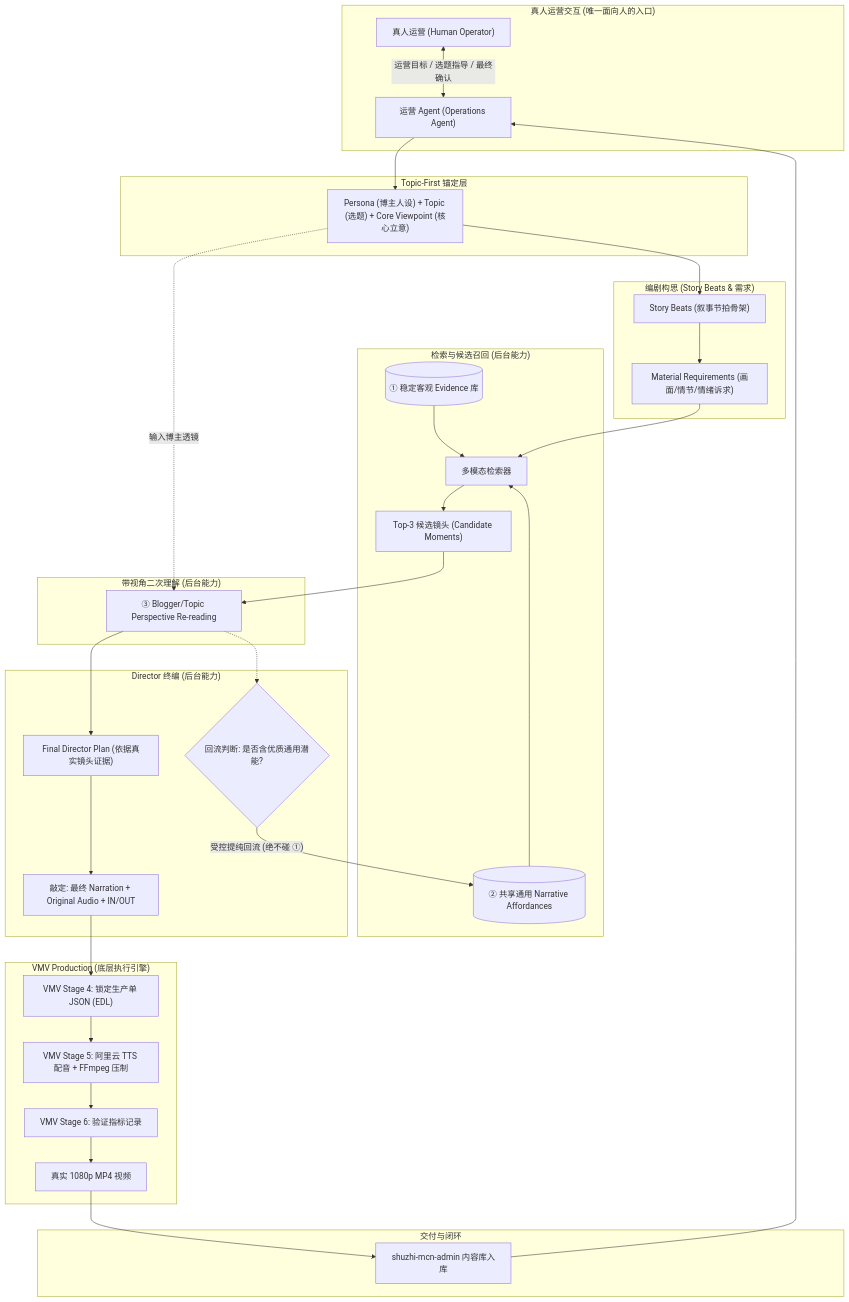
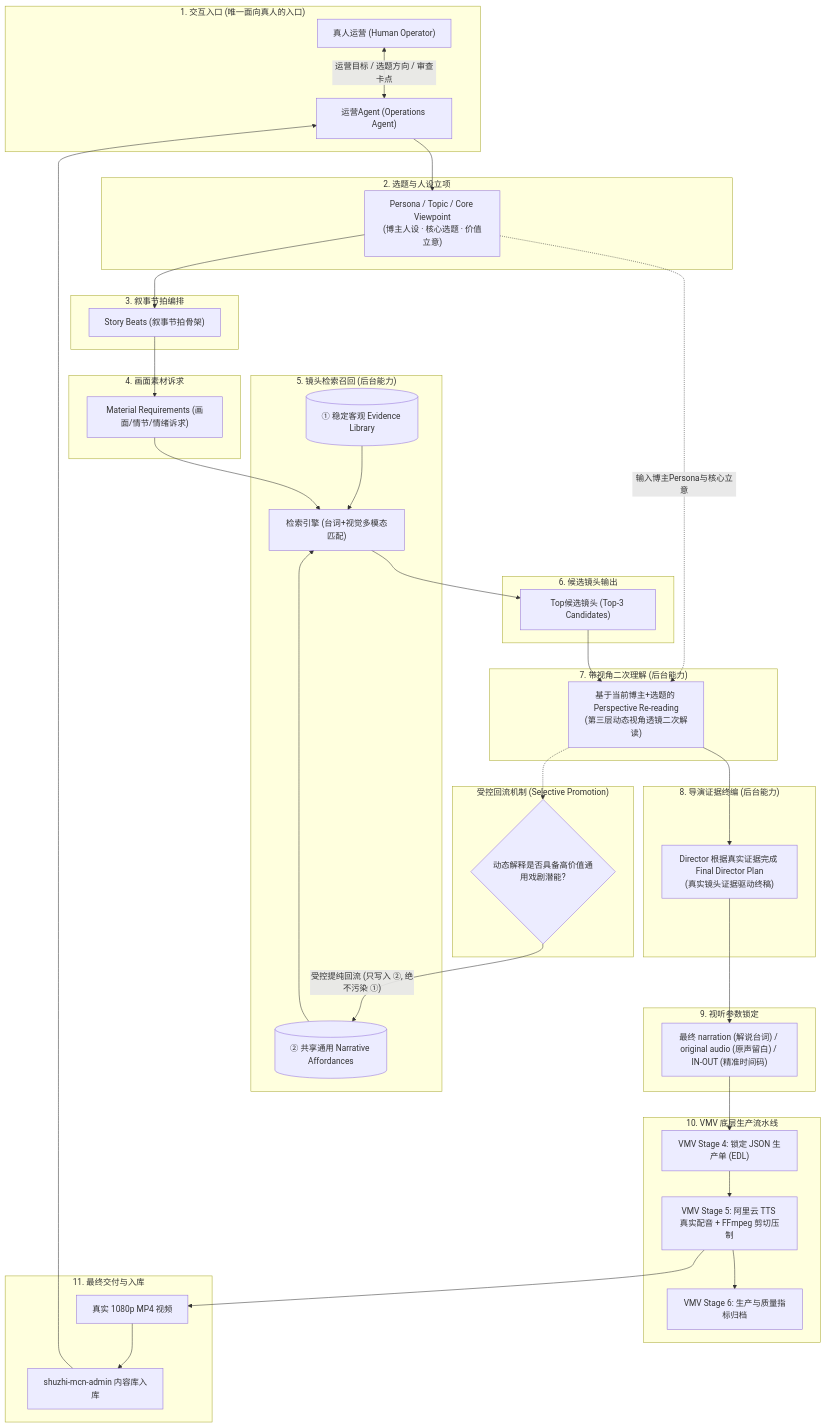
Before and after one commit to younuoqiqi1/shuzhi-mcn-admin: the diagram in docs/agent-poc/agent-poc-architecture.md, drawn with Mermaid. The commit also changed other lines of this file and 1 other file, not shown here.

Commit message:
docs(agent-poc): align architecture with Topic-first loop, 3-layer evidence and two gates

````diff
--- a/docs/agent-poc/agent-poc-architecture.md
+++ b/docs/agent-poc/agent-poc-architecture.md
@@ -107,60 +50,72 @@
 ```mermaid
 flowchart TD
-    subgraph UI ["真人运营交互 (唯一面向人的入口)"]
-        H_OP["真人运营 (Human Operator)"]
-        OA["运营 Agent (Operations Agent)"]
-        H_OP <-->|"运营目标 / 选题指导 / 最终确认"| OA
+    subgraph S1 ["1. 交互入口 (唯一面向真人的入口)"]
+        HUMAN["真人运营 (Human Operator)"]
+        OP_AGENT["运营Agent (Operations Agent)"]
+        HUMAN <-->|"运营目标 / 选题方向 / 审查卡点"| OP_AGENT
     end
 
-    subgraph Anchor ["Topic-First 锚定层"]
-        P_T["Persona (博主人设) + Topic (选题) + Core Viewpoint (核心立意)"]
-        OA --> P_T
+    subgraph S2 ["2. 选题与人设立项"]
+        TOPIC_CORE["Persona / Topic / Core Viewpoint<br>(博主人设 · 核心选题 · 价值立意)"]
+        OP_AGENT --> TOPIC_CORE
     end
 
-    subgraph ScriptCore ["编剧构思 (Story Beats & 需求)"]
-        SB["Story Beats (叙事节拍骨架)"]
-        MR["Material Requirements (画面/情节/情绪诉求)"]
-        P_T --> SB --> MR
+    subgraph S3 ["3. 叙事节拍编排"]
+        BEATS["Story Beats (叙事节拍骨架)"]
+        TOPIC_CORE --> BEATS
     end
 
-    subgraph RetrievalService ["检索与候选召回 (后台能力)"]
-        L1[("① 稳定客观 Evidence 库")]
-        L2[("② 共享通用 Narrative Affordances")]
-        SEARCH["多模态检索器"]
-        CAND["Top-3 候选镜头 (Candidate Moments)"]
-        
-        L1 & L2 --> SEARCH
-        MR --> SEARCH --> CAND
+    subgraph S4 ["4. 画面素材诉求"]
+        REQ["Material Requirements (画面/情节/情绪诉求)"]
+        BEATS --> REQ
     end
 
-    subgraph PerspectiveService ["带视角二次理解 (后台能力)"]
-        READING["③ Blogger/Topic Perspective Re-reading"]
-        P_T -.->|"输入博主透镜"| READING
-        CAND --> READING
+    subgraph S5 ["5. 镜头检索召回 (后台能力)"]
+        LIB1[("① 稳定客观 Evidence Library")]
+        LIB2[("② 共享通用 Narrative Affordances")]
+        SEARCH_ENG["检索引擎 (台词+视觉多模态匹配)"]
+        LIB1 & LIB2 --> SEARCH_ENG
+        REQ --> SEARCH_ENG
     end
 
-    subgraph DirectorService ["Director 终编 (后台能力)"]
-        DP["Final Director Plan (依据真实镜头证据)"]
-        SPEC["敲定: 最终 Narration + Original Audio + IN/OUT"]
-        READING --> DP --> SPEC
-        
-        FEEDBACK{"回流判断: 是否含优质通用潜能?"}
-        READING -.-> FEEDBACK
-        FEEDBACK --"受控提纯回流 (绝不碰 ①)"--> L2
+    subgraph S6 ["6. 候选镜头输出"]
+        TOP_CAND["Top候选镜头 (Top-3 Candidates)"]
+        SEARCH_ENG --> TOP_CAND
     end
 
-    subgraph VMVEngine ["VMV Production (底层执行引擎)"]
-        S4["VMV Stage 4: 锁定生产单 JSON (EDL)"]
-        S5["VMV Stage 5: 阿里云 TTS 配音 + FFmpeg 压制"]
-        S6["VMV Stage 6: 验证指标记录"]
-        MP4["真实 1080p MP4 视频"]
-        
-        SPEC --> S4 --> S5 --> S6 --> MP4
+    subgraph S7 ["7. 带视角二次理解 (后台能力)"]
+        PERSPECTIVE["基于当前博主+选题的 Perspective Re-reading<br>(第三层动态视角透镜二次解读)"]
+        TOPIC_CORE -.->|"输入博主Persona与核心立意"| PERSPECTIVE
+        TOP_CAND --> PERSPECTIVE
     end
 
-    subgraph Delivery ["交付与闭环"]
-        LIB["shuzhi-mcn-admin 内容库入库"]
-        MP4 --> LIB
-        LIB --> OA
+    subgraph S8 ["8. 导演证据终编 (后台能力)"]
+        DIRECTOR_PLAN["Director 根据真实证据完成 Final Director Plan<br>(真实镜头证据驱动终稿)"]
+        PERSPECTIVE --> DIRECTOR_PLAN
+    end
+
+    subgraph S9 ["9. 视听参数锁定"]
+        LOCKED_SPEC["最终 narration (解说台词) / original audio (原声留白) / IN-OUT (精准时间码)"]
+        DIRECTOR_PLAN --> LOCKED_SPEC
+    end
+
+    subgraph S10 ["10. VMV 底层生产流水线"]
+        VMV_S4["VMV Stage 4: 锁定 JSON 生产单 (EDL)"]
+        VMV_S5["VMV Stage 5: 阿里云 TTS 真实配音 + FFmpeg 剪切压制"]
+        VMV_S6["VMV Stage 6: 生产与质量指标归档"]
+        LOCKED_SPEC --> VMV_S4 --> VMV_S5 --> VMV_S6
+    end
+
+    subgraph S11 ["11. 最终交付与入库"]
+        REAL_MP4["真实 1080p MP4 视频"]
+        ADMIN_LIB["shuzhi-mcn-admin 内容库入库"]
+        VMV_S5 --> REAL_MP4 --> ADMIN_LIB
+        ADMIN_LIB --> OP_AGENT
+    end
+
+    subgraph FeedbackPipeline ["受控回流机制 (Selective Promotion)"]
+        VALIDATE{"动态解释是否具备高价值通用戏剧潜能?"}
+        PERSPECTIVE -.-> VALIDATE
+        VALIDATE --"受控提纯回流 (只写入 ②, 绝不污染 ①)"--> LIB2
     end
 ```
````
